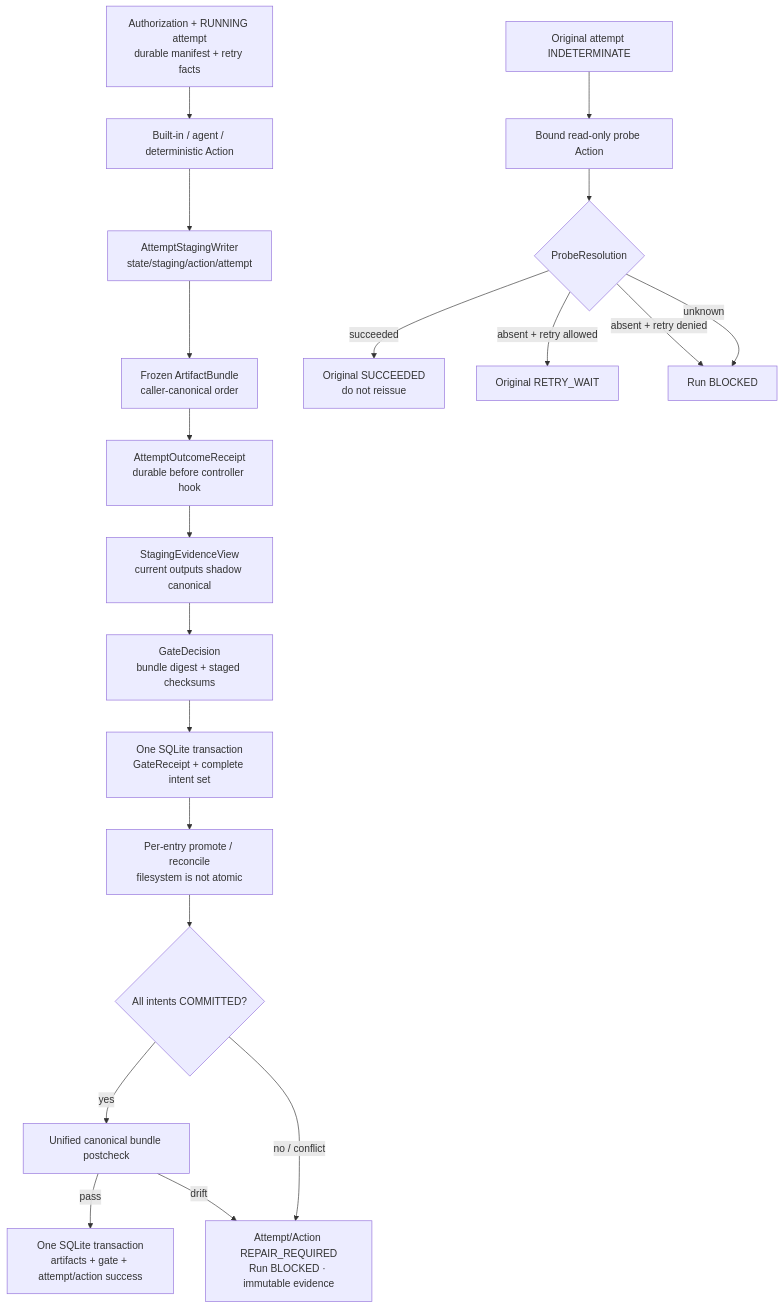
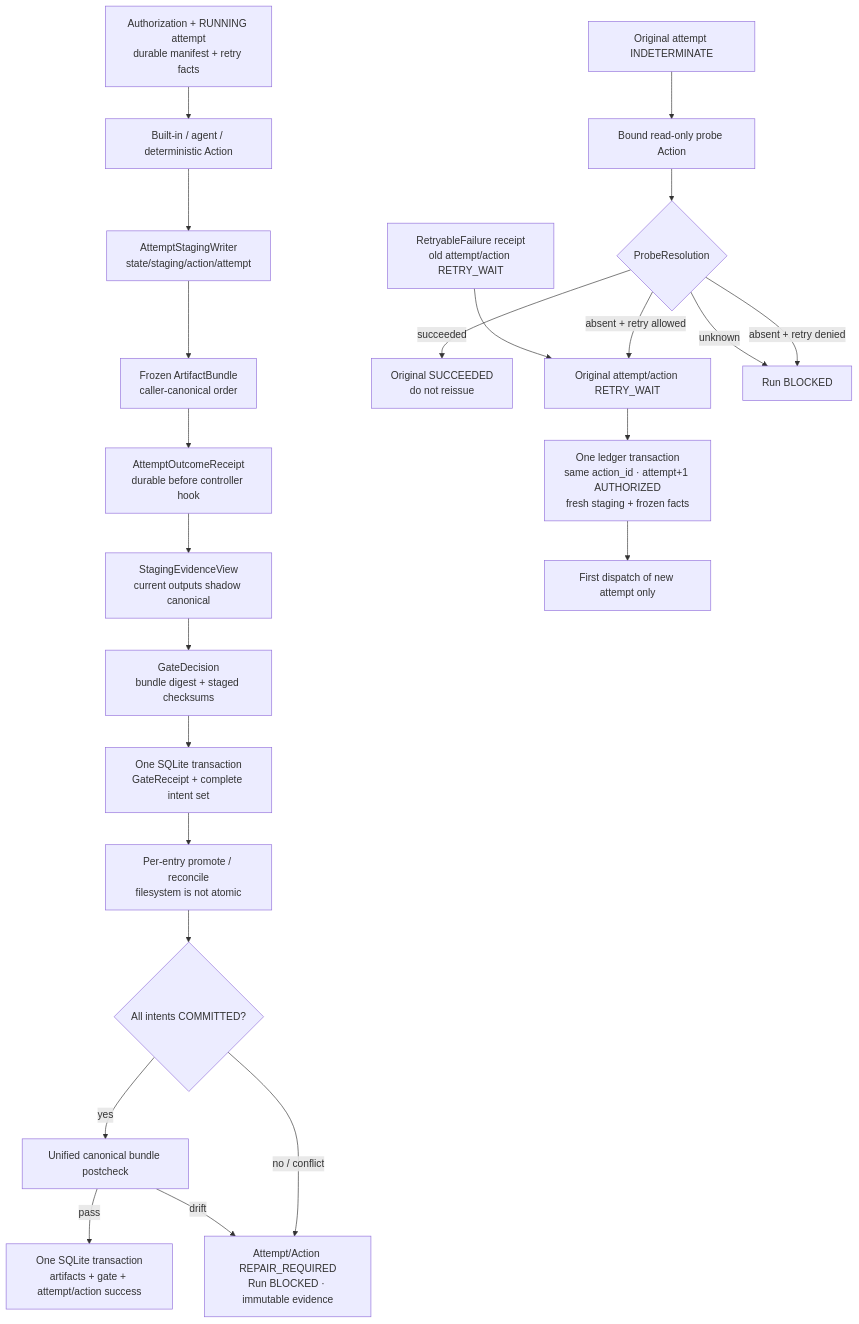
One commit to Valkure-Yip/ai-book-interpreter changed the diagram in docs/superpowers/plans/2026-08-04-constrained-dynamic-orchestration.md. Above: the diagram before and after it, drawn with Mermaid. The commit also changed other lines of this file and 1 other file, not shown here.

Commit message:
docs: clarify retry attempt transitions

````diff
--- a/docs/superpowers/plans/2026-08-04-constrained-dynamic-orchestration.md
+++ b/docs/superpowers/plans/2026-08-04-constrained-dynamic-orchestration.md
@@ -70,23 +76,26 @@
 ```mermaid
 flowchart TD
     AUTH["Authorization + RUNNING attempt<br/>durable manifest + retry facts"] --> ACTION["Built-in / agent / deterministic Action"]
     ACTION --> WRITER["AttemptStagingWriter<br/>state/staging/action/attempt"]
     WRITER --> BUNDLE["Frozen ArtifactBundle<br/>caller-canonical order"]
     BUNDLE --> OUTREC["AttemptOutcomeReceipt<br/>durable before controller hook"]
     OUTREC --> VIEW["StagingEvidenceView<br/>current outputs shadow canonical"]
     VIEW --> GATE["GateDecision<br/>bundle digest + staged checksums"]
     GATE --> INTENTS["One SQLite transaction<br/>GateReceipt + complete intent set"]
     INTENTS --> PROMOTE["Per-entry promote / reconcile<br/>filesystem is not atomic"]
     PROMOTE --> ALL{"All intents COMMITTED?"}
     ALL -- "yes" --> POSTCHECK["Unified canonical bundle postcheck"]
     POSTCHECK -- "pass" --> SUCCESS["One SQLite transaction<br/>artifacts + gate + attempt/action success"]
     ALL -- "no / conflict" --> INCIDENT["Attempt/Action REPAIR_REQUIRED<br/>Run BLOCKED · immutable evidence"]
     POSTCHECK -- "drift" --> INCIDENT
 
     INDET["Original attempt INDETERMINATE"] --> PROBE["Bound read-only probe Action"]
     PROBE --> RESOLUTION{"ProbeResolution"}
     RESOLUTION -- "succeeded" --> ORIGINALOK["Original SUCCEEDED<br/>do not reissue"]
-    RESOLUTION -- "absent + retry allowed" --> RETRY["Original RETRY_WAIT"]
+    RESOLUTION -- "absent + retry allowed" --> RETRY["Original attempt/action RETRY_WAIT"]
+    RETRYABLE["RetryableFailure receipt<br/>old attempt/action RETRY_WAIT"] --> RETRY
+    RETRY --> NEXTATTEMPT["One ledger transaction<br/>same action_id · attempt+1 AUTHORIZED<br/>fresh staging + frozen facts"]
+    NEXTATTEMPT --> NEXTDISPATCH["First dispatch of new attempt only"]
     RESOLUTION -- "absent + retry denied" --> BLOCKED["Run BLOCKED"]
     RESOLUTION -- "unknown" --> BLOCKED
 ```
````
